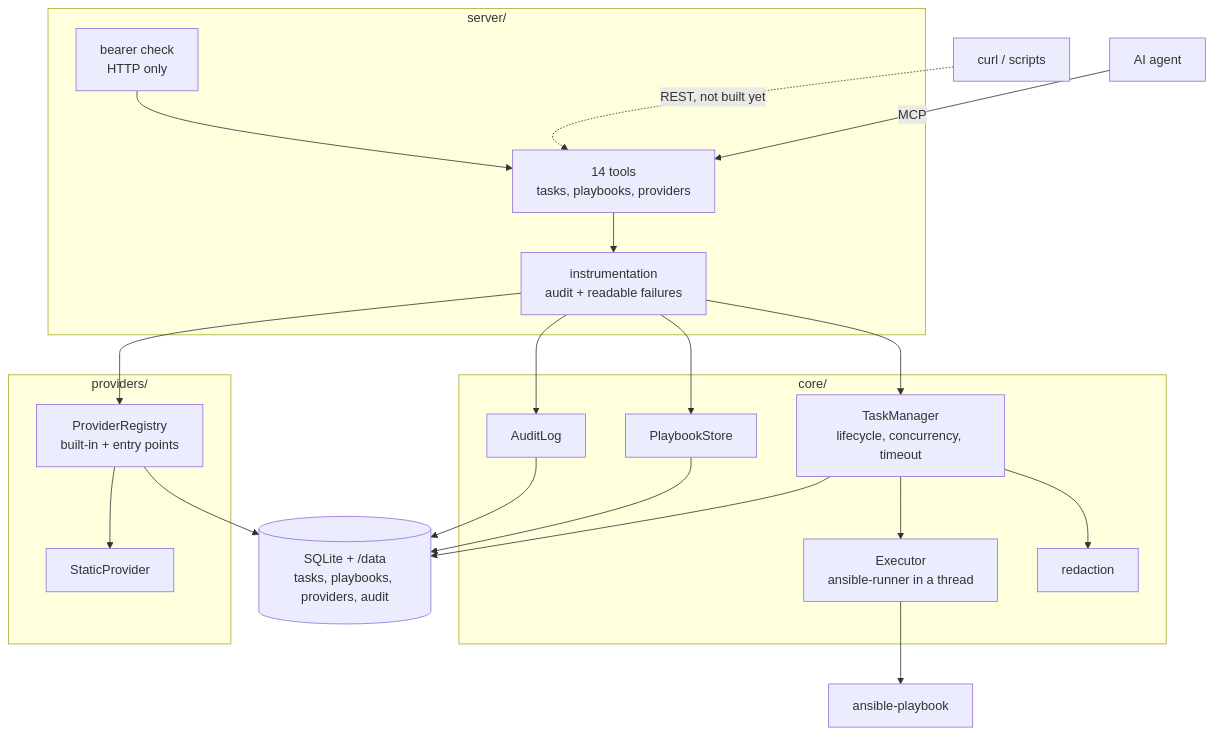
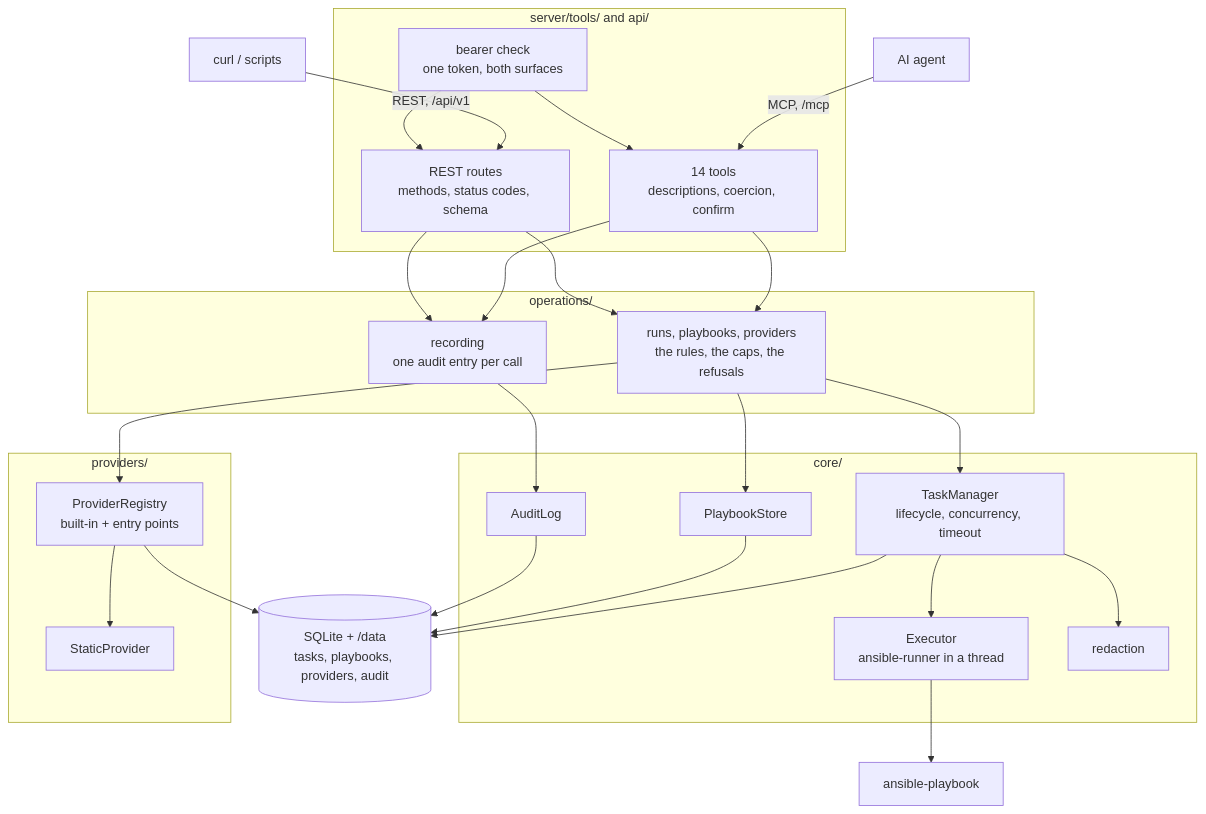
One commit to ppavlovrus/simple_ansible_controller changed the first of 2 diagrams in docs/architecture.md. Above: the diagram before and after it, drawn with Mermaid. The commit also changed other lines of this file and 9 other files, not shown here.

First line of the commit message:
Document the REST surface in both languages

````diff
--- a/docs/architecture.md
+++ b/docs/architecture.md
@@ -10,42 +10,51 @@
 ```mermaid
 graph TB
-    Agent[AI agent] -->|MCP| Tools
-    Human[curl / scripts] -.->|REST, not built yet| Tools
+    Agent[AI agent] -->|MCP, /mcp| Tools
+    Human[curl / scripts] -->|REST, /api/v1| Routes
 
-    subgraph Interface["server/"]
-        Tools[14 tools<br/>tasks, playbooks, providers]
-        Instr[instrumentation<br/>audit + readable failures]
-        Auth[bearer check<br/>HTTP only]
+    subgraph Surfaces["server/tools/ and api/"]
+        Tools[14 tools<br/>descriptions, coercion, confirm]
+        Routes[REST routes<br/>methods, status codes, schema]
+        Auth[bearer check<br/>one token, both surfaces]
+    end
+
+    subgraph Ops["operations/"]
+        Rules[runs, playbooks, providers<br/>the rules, the caps, the refusals]
+        Rec[recording<br/>one audit entry per call]
     end
 
     subgraph Core["core/"]
         TM[TaskManager<br/>lifecycle, concurrency, timeout]
         Exec[Executor<br/>ansible-runner in a thread]
         Store[PlaybookStore]
         Redact[redaction]
         Audit[AuditLog]
     end
 
     subgraph Providers["providers/"]
         Registry[ProviderRegistry<br/>built-in + entry points]
         Static[StaticProvider]
     end
 
     Data[(SQLite + /data<br/>tasks, playbooks, providers, audit)]
     Ansible[ansible-playbook]
 
     Auth --> Tools
-    Tools --> Instr
-    Instr --> TM
-    Instr --> Store
-    Instr --> Registry
-    Instr --> Audit
+    Auth --> Routes
+    Tools --> Rules
+    Routes --> Rules
+    Tools --> Rec
+    Routes --> Rec
+    Rules --> TM
+    Rules --> Store
+    Rules --> Registry
+    Rec --> Audit
     TM --> Exec
     TM --> Redact
     Registry --> Static
     Exec --> Ansible
     TM --> Data
     Store --> Data
     Audit --> Data
     Registry --> Data
 ```
````
